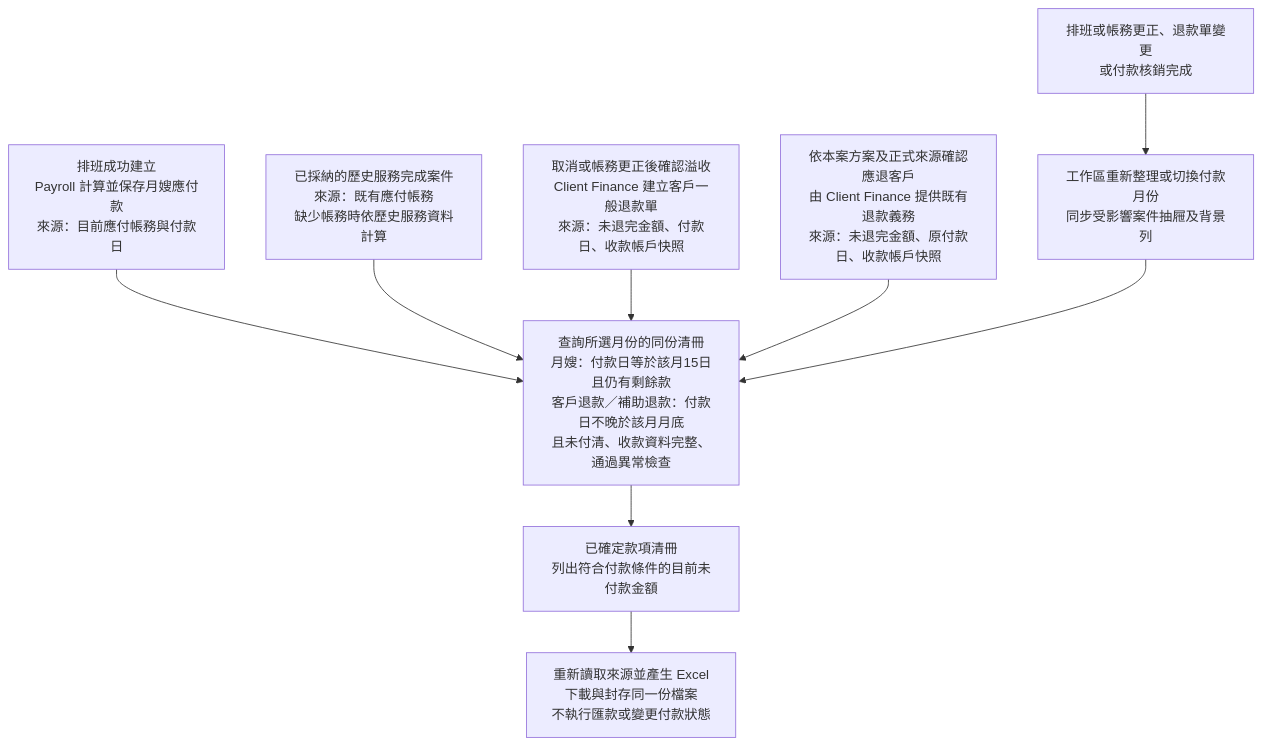
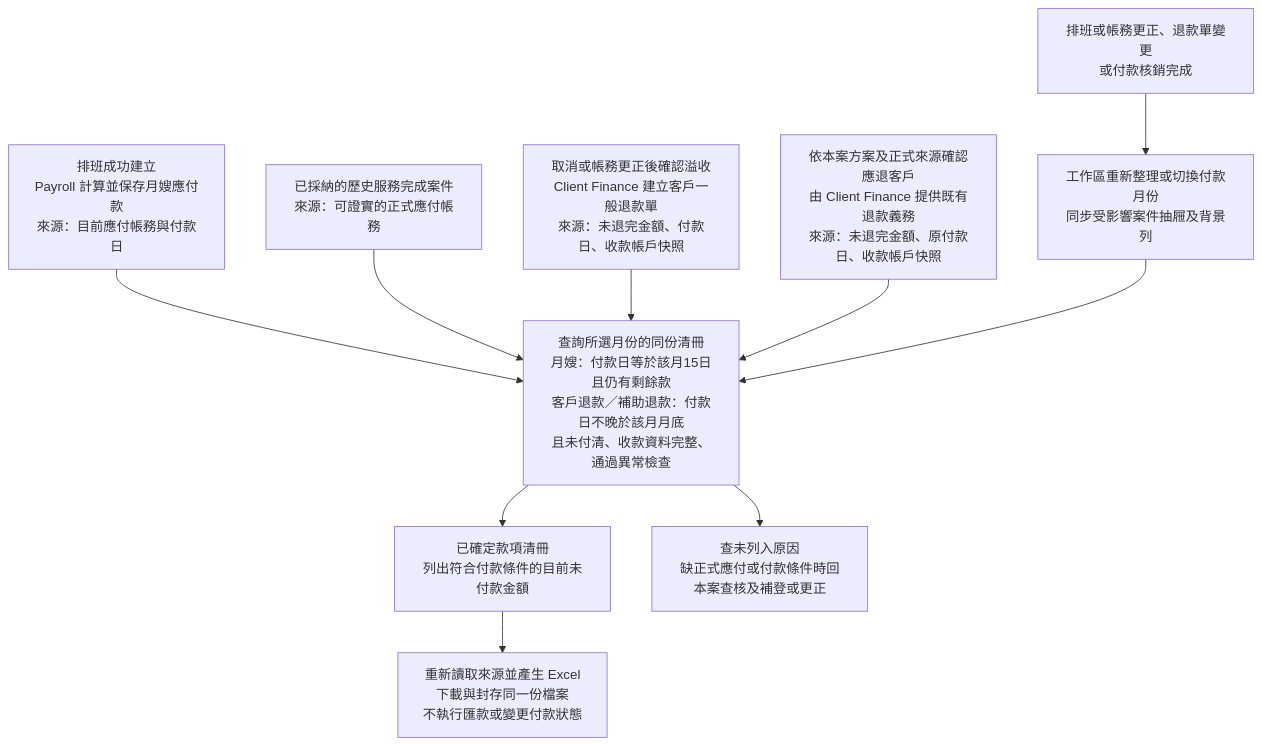
One commit to chrishzc/Labor_union changed the second of 2 diagrams in document/架構重整/01_規格基線/16_Staff_Payables與Client_Refund正式規格.md. Above: the diagram before and after it, drawn with Mermaid. The commit also changed other lines of this file and 98 other files, not shown here.

````diff
--- a/document/架構重整/01_規格基線/16_Staff_Payables與Client_Refund正式規格.md
+++ b/document/架構重整/01_規格基線/16_Staff_Payables與Client_Refund正式規格.md
@@ -349,17 +363,18 @@
 ```mermaid
 flowchart TD
     A["排班成功建立<br/>Payroll 計算並保存月嫂應付款<br/>來源：目前應付帳務與付款日"]
-    B["已採納的歷史服務完成案件<br/>來源：既有應付帳務<br/>缺少帳務時依歷史服務資料計算"]
+    B["已採納的歷史服務完成案件<br/>來源：可證實的正式應付帳務"]
     C["取消或帳務更正後確認溢收<br/>Client Finance 建立客戶一般退款單<br/>來源：未退完金額、付款日、收款帳戶快照"]
     D["依本案方案及正式來源確認應退客戶<br/>由 Client Finance 提供既有退款義務<br/>來源：未退完金額、原付款日、收款帳戶快照"]
     A --> Q
     B --> Q
     C --> Q
     D --> Q
     Q["查詢所選月份的同份清冊<br/>月嫂：付款日等於該月15日且仍有剩餘款<br/>客戶退款／補助退款：付款日不晚於該月月底<br/>且未付清、收款資料完整、通過異常檢查"]
     Q --> R["已確定款項清冊<br/>列出符合付款條件的目前未付款金額"]
+    Q --> V["查未列入原因<br/>缺正式應付或付款條件時回本案查核及補登或更正"]
     R --> X["重新讀取來源並產生 Excel<br/>下載與封存同一份檔案<br/>不執行匯款或變更付款狀態"]
     M["排班或帳務更正、退款單變更<br/>或付款核銷完成"]
     M --> U["工作區重新整理或切換付款月份<br/>同步受影響案件抽屜及背景列"]
     U --> Q
 ```
````
